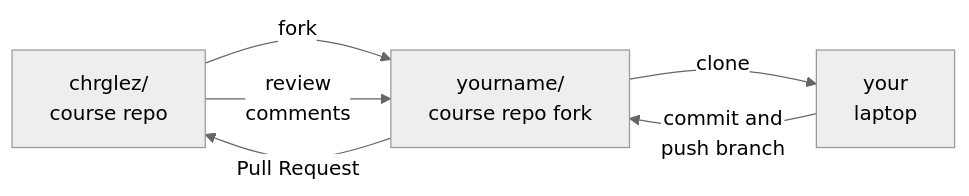
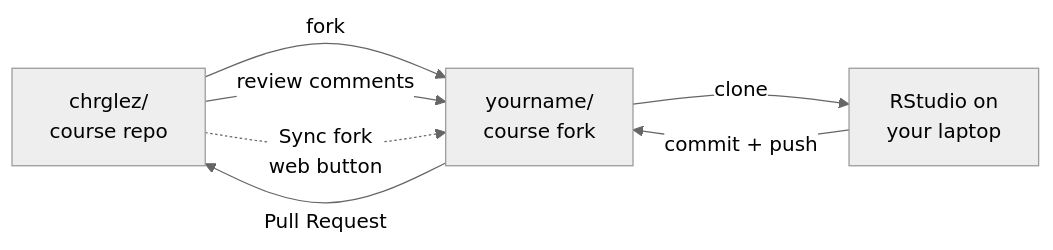
The diagram in 01-introduction-to-r/02-git-github.qmd (chrglez/quantitative-methods-master-tides), drawn with Mermaid (neutral theme) before and after one commit. The commit also changed other lines of this file and 4 other files, not shown here.

First line of the commit message:
Rework Git & GitHub flow around RStudio Git pane + Sync fork web

````diff
--- a/01-introduction-to-r/02-git-github.qmd
+++ b/01-introduction-to-r/02-git-github.qmd
@@ -118,8 +134,9 @@
 ```{mermaid}
 flowchart LR
-  A[chrglez/<br/>course repo] -->|fork| B[yourname/<br/>course repo fork]
-  B -->|clone| C[your<br/>laptop]
-  C -->|commit and<br/>push branch| B
+  A[chrglez/<br/>course repo] -->|fork| B[yourname/<br/>course fork]
+  B -->|clone| C[RStudio on<br/>your laptop]
+  C -->|commit + push| B
   B -->|Pull Request| A
-  A -->|review<br/>comments| B
+  A -->|review comments| B
+  A -.->|Sync fork<br/>web button| B
 ```
````
